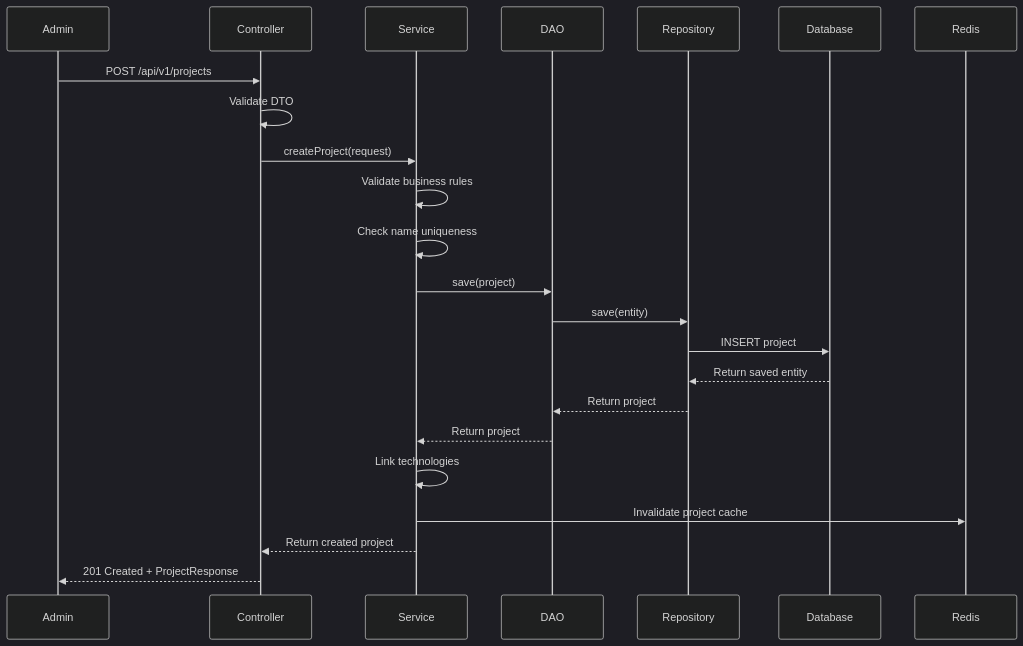
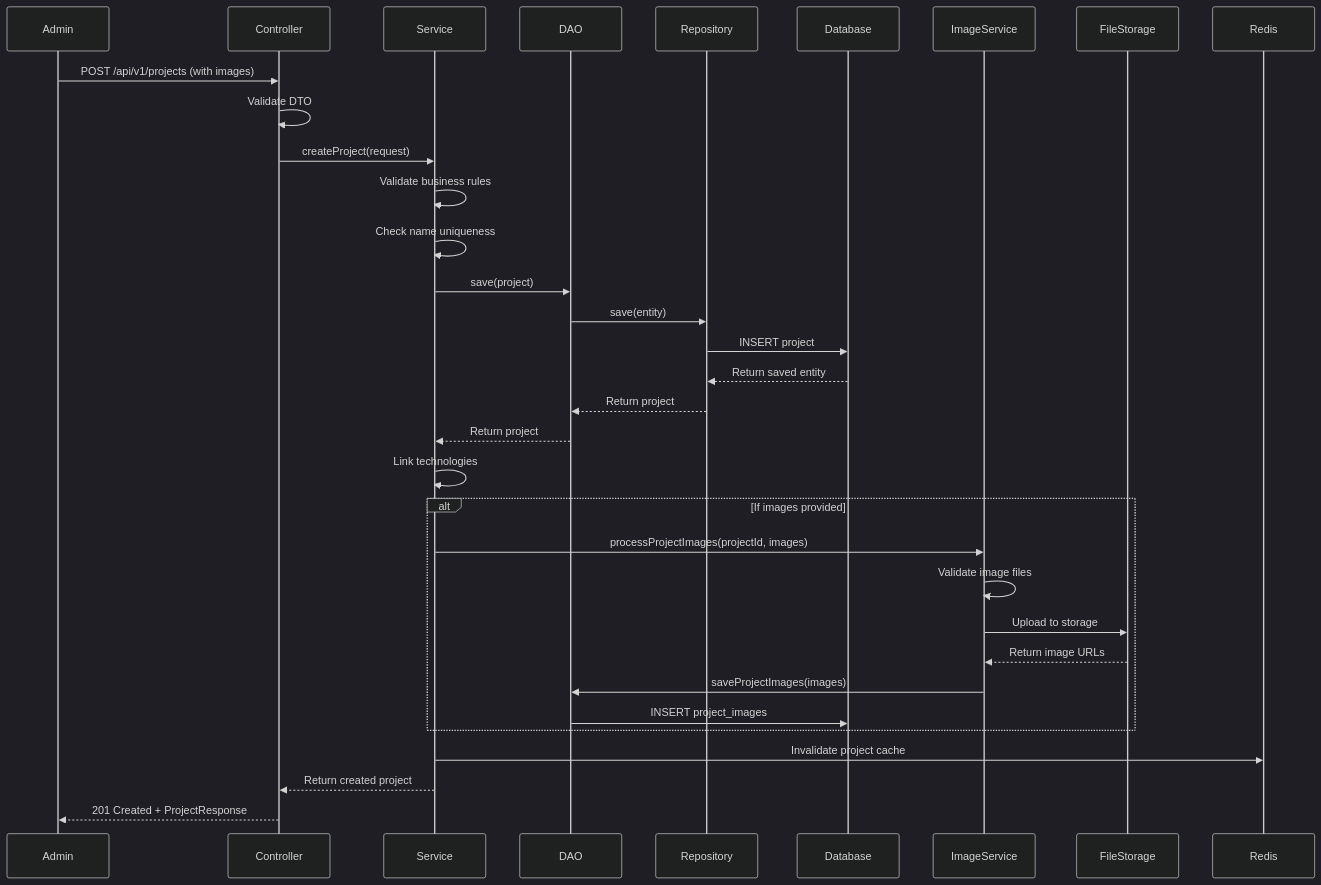
Before and after one commit to caseythecoder90/personal-website-backend: the first of 10 diagrams in docs/api/API_FLOWS.md, drawn with Mermaid (dark theme). The commit also changed other lines of this file and 12 other files, not shown here.

First line of the commit message:
Enhanced system design with comprehensive technical architecture and ProjectImage integration

````diff
--- a/docs/api/API_FLOWS.md
+++ b/docs/api/API_FLOWS.md
@@ -9,26 +9,38 @@
 ```mermaid
 sequenceDiagram
     participant A as Admin
     participant C as Controller
     participant S as Service
     participant D as DAO
     participant R as Repository
     participant DB as Database
+    participant IS as ImageService
+    participant FS as FileStorage
     participant Cache as Redis
 
-    A->>C: POST /api/v1/projects
+    A->>C: POST /api/v1/projects (with images)
     C->>C: Validate DTO
     C->>S: createProject(request)
     S->>S: Validate business rules
     S->>S: Check name uniqueness
     S->>D: save(project)
     D->>R: save(entity)
     R->>DB: INSERT project
     DB-->>R: Return saved entity
     R-->>D: Return project
     D-->>S: Return project
     S->>S: Link technologies
+    
+    alt If images provided
+        S->>IS: processProjectImages(projectId, images)
+        IS->>IS: Validate image files
+        IS->>FS: Upload to storage
+        FS-->>IS: Return image URLs
+        IS->>D: saveProjectImages(images)
+        D->>DB: INSERT project_images
+    end
+    
     S->>Cache: Invalidate project cache
     S-->>C: Return created project
     C-->>A: 201 Created + ProjectResponse
 ```
````
